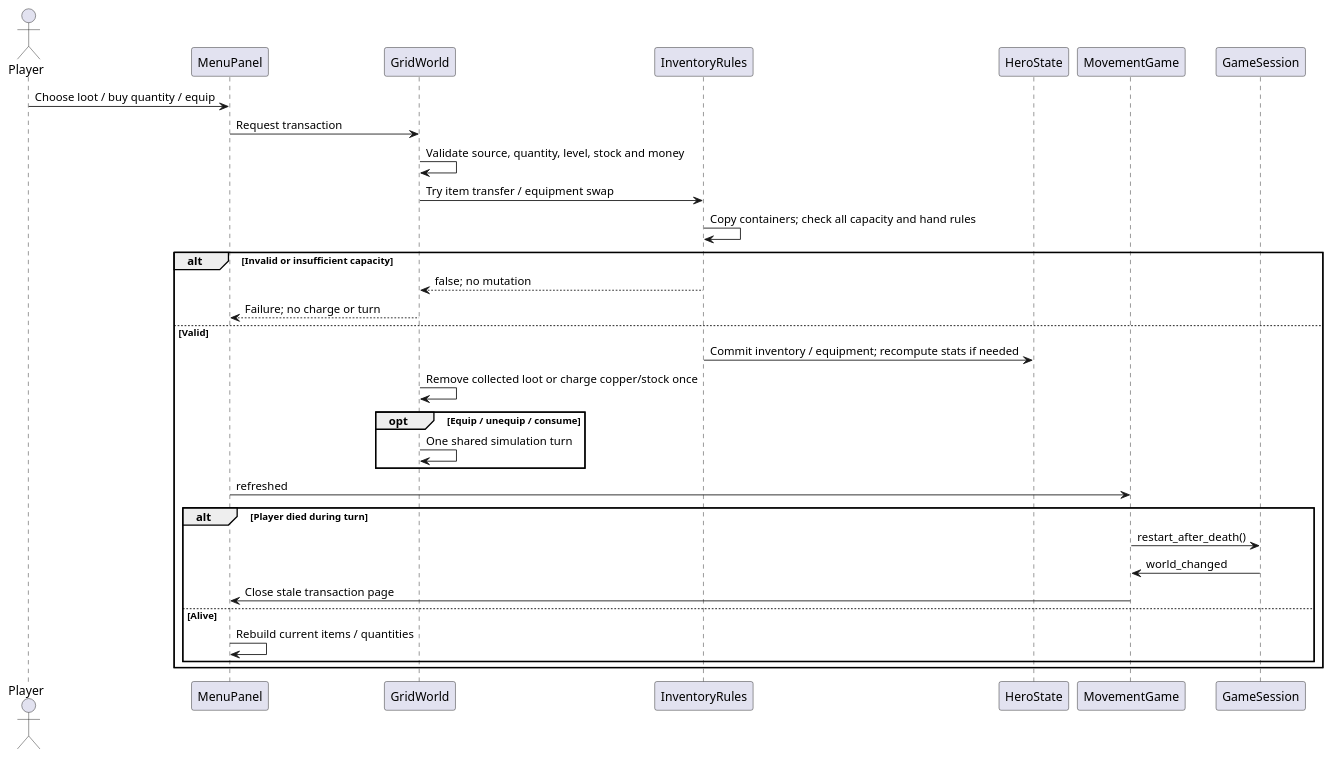
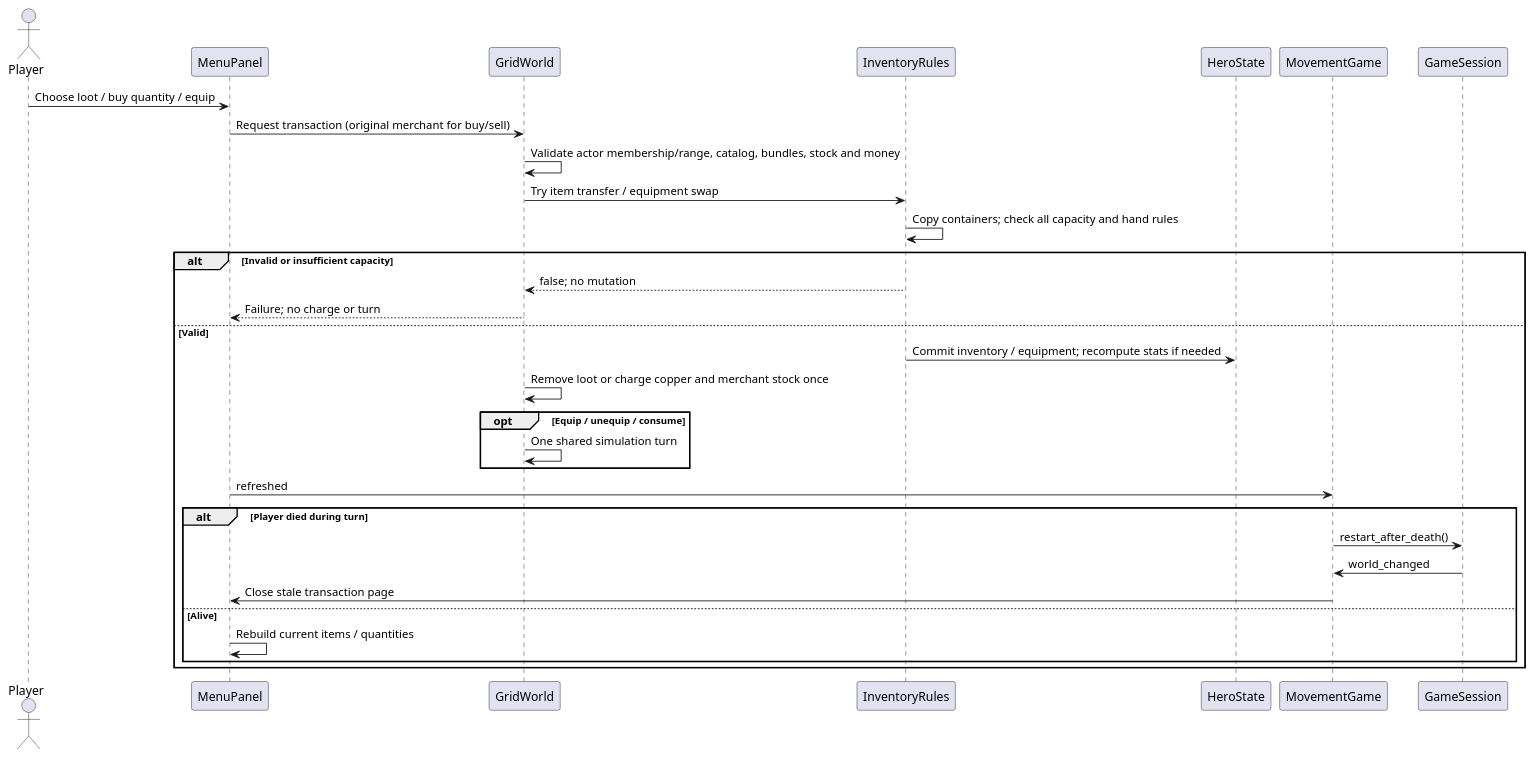
One commit to VHonzik/Ostinato changed the diagram in docs/architecture/sequences/item_transaction.puml. Above: the diagram before and after it, drawn with PlantUML. The commit also changed 25 other files, not shown here.

```diff
--- a/docs/architecture/sequences/item_transaction.puml
+++ b/docs/architecture/sequences/item_transaction.puml
@@ -1,34 +1,34 @@
 @startuml
 !pragma layout smetana
 skinparam shadowing false
 actor Player
 participant MenuPanel as Menu
 participant GridWorld as World
 participant InventoryRules as Items
 participant HeroState as Hero
 participant MovementGame as Game
 participant GameSession as Session
 Player -> Menu : Choose loot / buy quantity / equip
-Menu -> World : Request transaction
-World -> World : Validate source, quantity, level, stock and money
+Menu -> World : Request transaction (original merchant for buy/sell)
+World -> World : Validate actor membership/range, catalog, bundles, stock and money
 World -> Items : Try item transfer / equipment swap
 Items -> Items : Copy containers; check all capacity and hand rules
 alt Invalid or insufficient capacity
   Items --> World : false; no mutation
   World --> Menu : Failure; no charge or turn
 else Valid
   Items -> Hero : Commit inventory / equipment; recompute stats if needed
-  World -> World : Remove collected loot or charge copper/stock once
+  World -> World : Remove loot or charge copper and merchant stock once
   opt Equip / unequip / consume
     World -> World : One shared simulation turn
   end
   Menu -> Game : refreshed
   alt Player died during turn
     Game -> Session : restart_after_death()
     Session -> Game : world_changed
     Game -> Menu : Close stale transaction page
   else Alive
     Menu -> Menu : Rebuild current items / quantities
   end
 end
 @enduml
```
